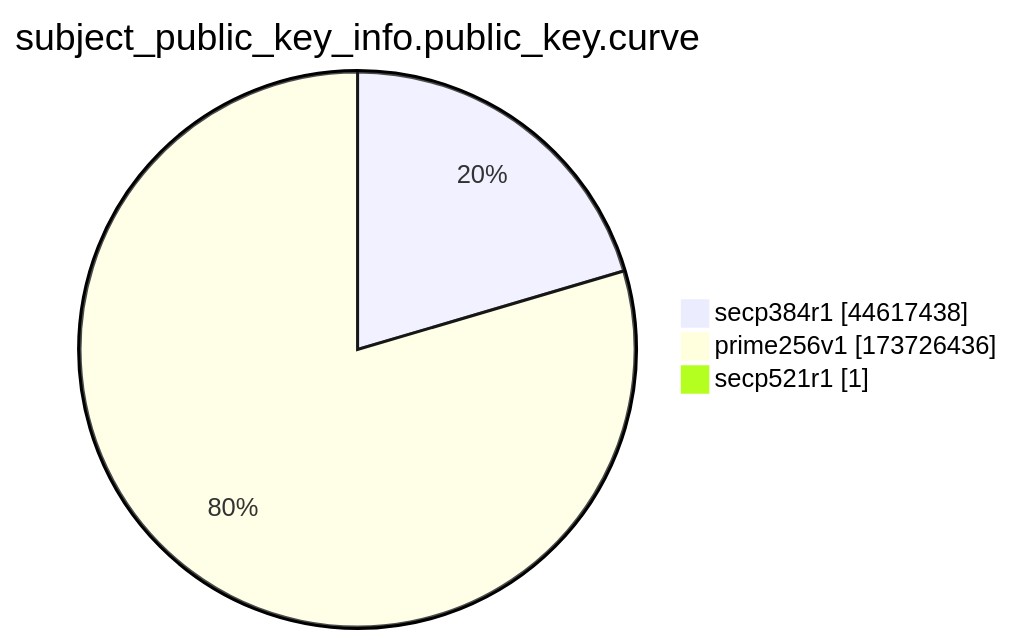
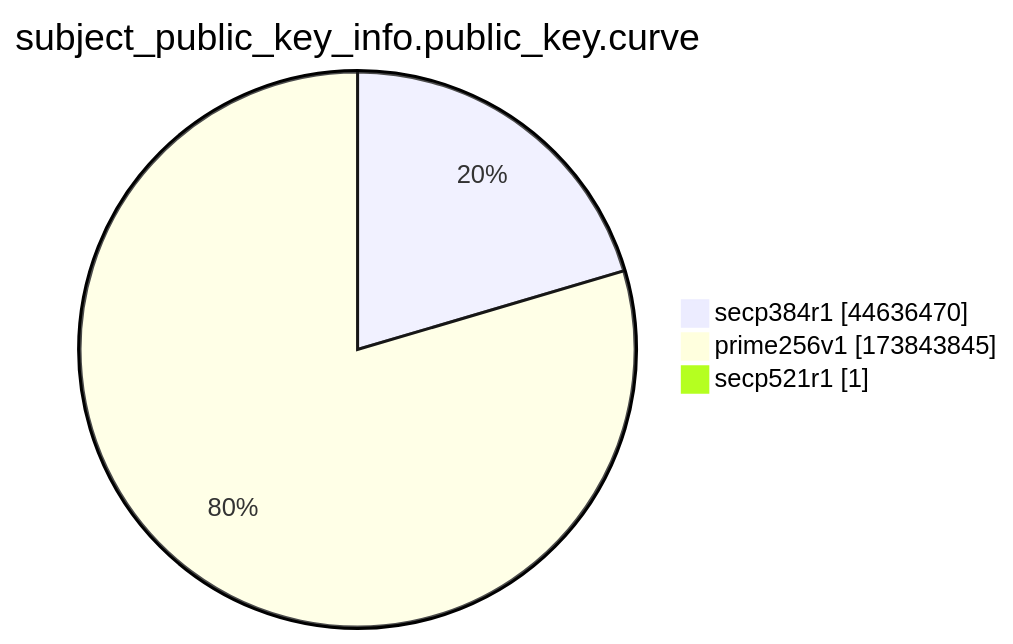
Before and after one commit to christiankrug/ctmonitor_visualization: the ninth of 15 diagrams in xenon2022/README.md, drawn with Mermaid. The commit also changed other lines of this file, not shown here.

````diff
--- a/xenon2022/README.md
+++ b/xenon2022/README.md
@@ -2871,7 +2871,7 @@
 ```mermaid
 pie showData
 title subject_public_key_info.public_key.curve
-"secp384r1" :44617438
-"prime256v1" :173726436
+"secp384r1" :44636470
+"prime256v1" :173843845
 "secp521r1" :1
 ```
````
